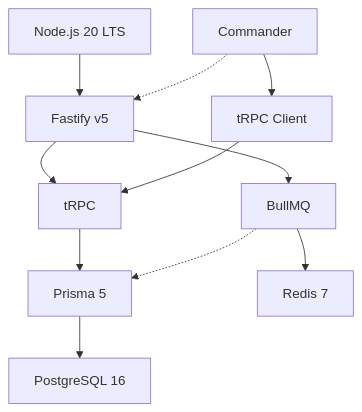
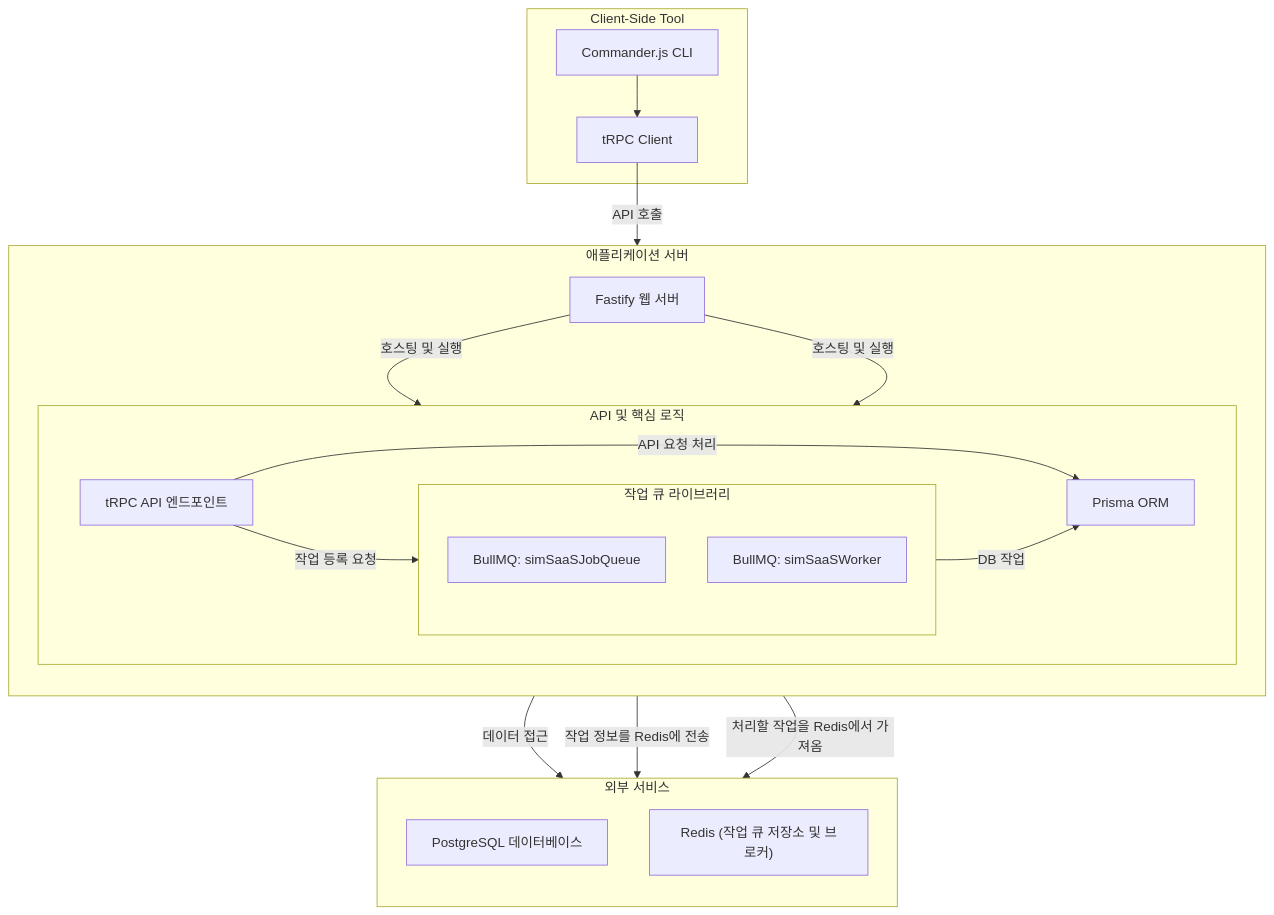
Before and after one commit to f-ffff-f/simsaas: the first of 2 diagrams in README.md, drawn with Mermaid.

````diff
--- a/README.md
+++ b/README.md
@@ -5,16 +5,46 @@
 ```mermaid
-  flowchart TD
-    Runtime["Node.js 20 LTS"] --> WebFramework["Fastify v5"]
-    WebFramework --> TRPC["tRPC"]
-    TRPC --> ORM["Prisma 5"]
-    ORM --> DB["PostgreSQL 16"]
+flowchart TD
+    subgraph SimSaaS_Application_Server_Node_js_Process ["애플리케이션 서버"]
+        direction TB
+        Fastify["Fastify 웹 서버"]
 
-    CLI["Commander"] --> TRPC_Client["tRPC Client"]
-    TRPC_Client --> TRPC
+        subgraph API_and_Core_Logic_In_Fastify ["API 및 핵심 로직"]
+            direction LR
+            TRPC["tRPC API 엔드포인트"]
+            Prisma["Prisma ORM"]
 
-    WebFramework --> BullMQ["BullMQ"]
-    BullMQ --> Redis["Redis 7"]
+            subgraph BullMQ_Integration_App_Code ["작업 큐 라이브러리"]
+                direction TB
+                QueueObj["BullMQ: simSaaSJobQueue"]
+                WorkerObj["BullMQ: simSaaSWorker"]
+            end
+        end
 
-    CLI -.-> WebFramework
-    BullMQ -.-> ORM
+        Fastify -- "호스팅 및 실행" --> TRPC
+        Fastify -- "호스팅 및 실행" --> WorkerObj
+
+        TRPC -- "API 요청 처리" --> Prisma
+        TRPC -- "작업 등록 요청" --> QueueObj
+
+        WorkerObj -- "DB 작업" --> Prisma
+    end
+
+    subgraph External_Services ["외부 서비스"]
+        direction TB
+        PostgreSQL["PostgreSQL 데이터베이스"]
+        Redis["Redis (작업 큐 저장소 및 브로커)"]
+    end
+
+    Prisma -- "데이터 접근" --> PostgreSQL
+
+    QueueObj -- "작업 정보를 Redis에 전송" --> Redis
+    WorkerObj -- "처리할 작업을 Redis에서 가져옴" --> Redis
+
+
+    subgraph CLI_Tool_Client_Side ["Client-Side Tool"]
+        CLI["Commander.js CLI"]
+        TRPCClient["tRPC Client"]
+        CLI --> TRPCClient
+        TRPCClient -- "API 호출" --> TRPC
+    end
 ```
````
